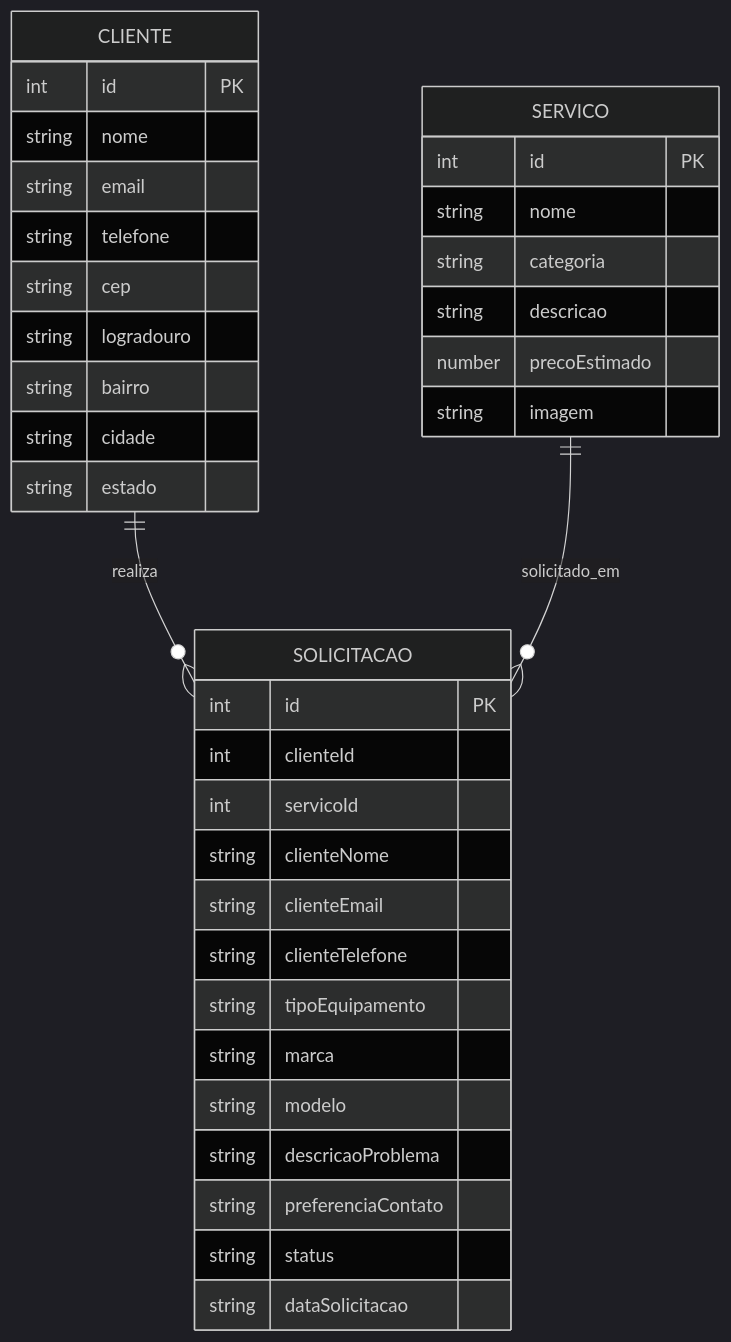
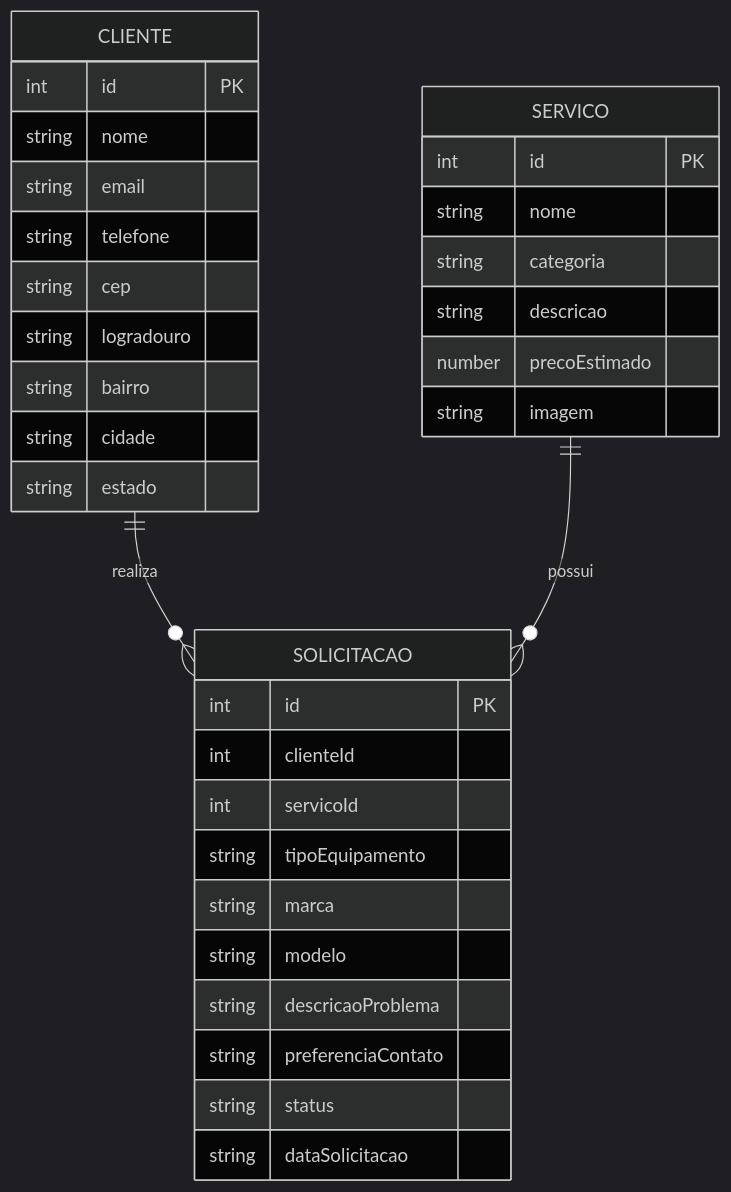
The diagram in docs/architecture.md (lolo-irl/techfix), drawn with Mermaid (dark theme) before and after one commit. The commit also changed other lines of this file, not shown here.

````diff
--- a/docs/architecture.md
+++ b/docs/architecture.md
@@ -572,42 +648,39 @@
 ```mermaid
 erDiagram
     CLIENTE ||--o{ SOLICITACAO : realiza
-    SERVICO ||--o{ SOLICITACAO : solicitado_em
+    SERVICO ||--o{ SOLICITACAO : possui
 
     CLIENTE {
         int id PK
         string nome
         string email
         string telefone
         string cep
         string logradouro
         string bairro
         string cidade
         string estado
     }
 
     SERVICO {
         int id PK
         string nome
         string categoria
         string descricao
         number precoEstimado
         string imagem
     }
 
     SOLICITACAO {
         int id PK
         int clienteId
         int servicoId
-        string clienteNome
-        string clienteEmail
-        string clienteTelefone
         string tipoEquipamento
         string marca
         string modelo
         string descricaoProblema
         string preferenciaContato
         string status
         string dataSolicitacao
     }
 ```
````
